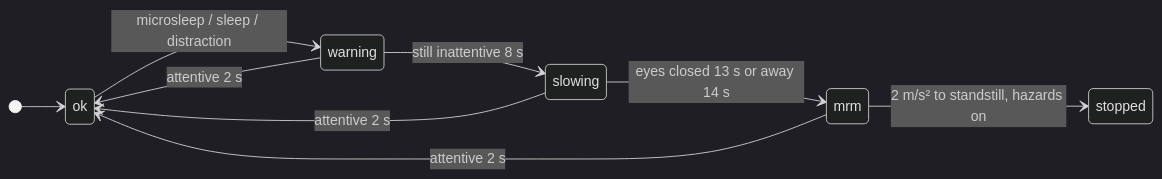
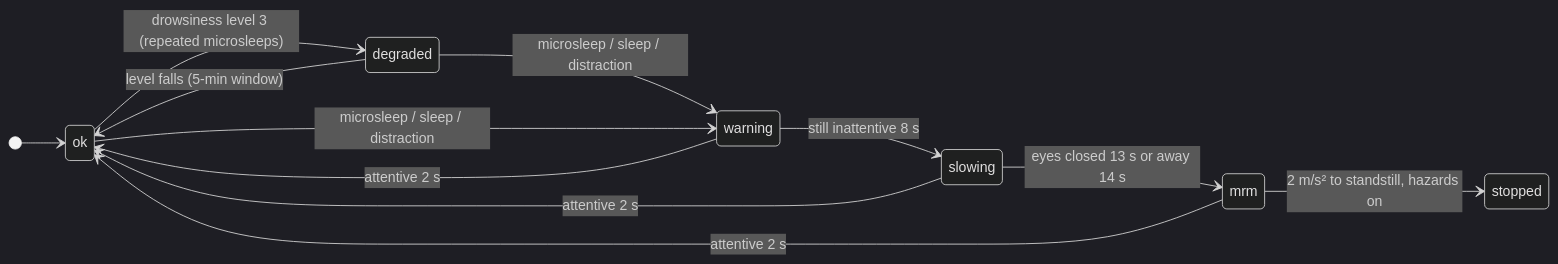
The fourth of 4 diagrams in README.md (HarishDeepak/driver-attention-bench), drawn with Mermaid (dark theme) before and after one commit. The commit also changed other lines of this file and 16 other files, not shown here.

Commit message:
E12: drowsiness level (microsleeps, long blinks, PERCLOS) -> rest advice, urgent warning, degraded 60 km/h cap; head-away closures not counted; CARLA ego on BasicAgent (TM applied a 30 km/h junction limit); results, README summary, docs/details tidy

````diff
--- a/README.md
+++ b/README.md
@@ -147,12 +170,15 @@
 ```mermaid
 stateDiagram-v2
     direction LR
     [*] --> ok
+    ok --> degraded: drowsiness level 3 (repeated microsleeps)
+    degraded --> ok: level falls (5-min window)
+    degraded --> warning: microsleep / sleep / distraction
     ok --> warning: microsleep / sleep / distraction
     warning --> slowing: still inattentive 8 s
     slowing --> mrm: eyes closed 13 s or away 14 s
     mrm --> stopped: 2 m/s² to standstill, hazards on
     warning --> ok: attentive 2 s
     slowing --> ok: attentive 2 s
     mrm --> ok: attentive 2 s
 ```
````
